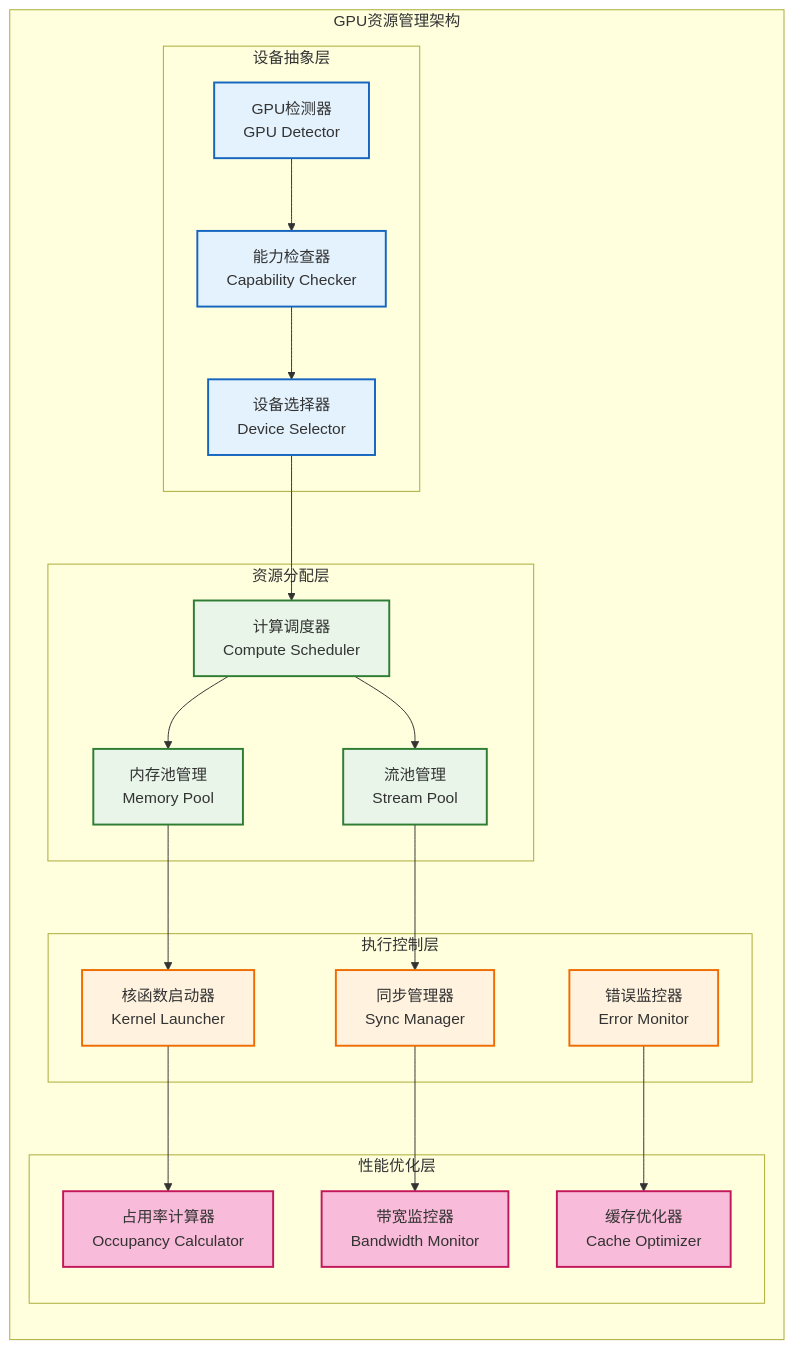
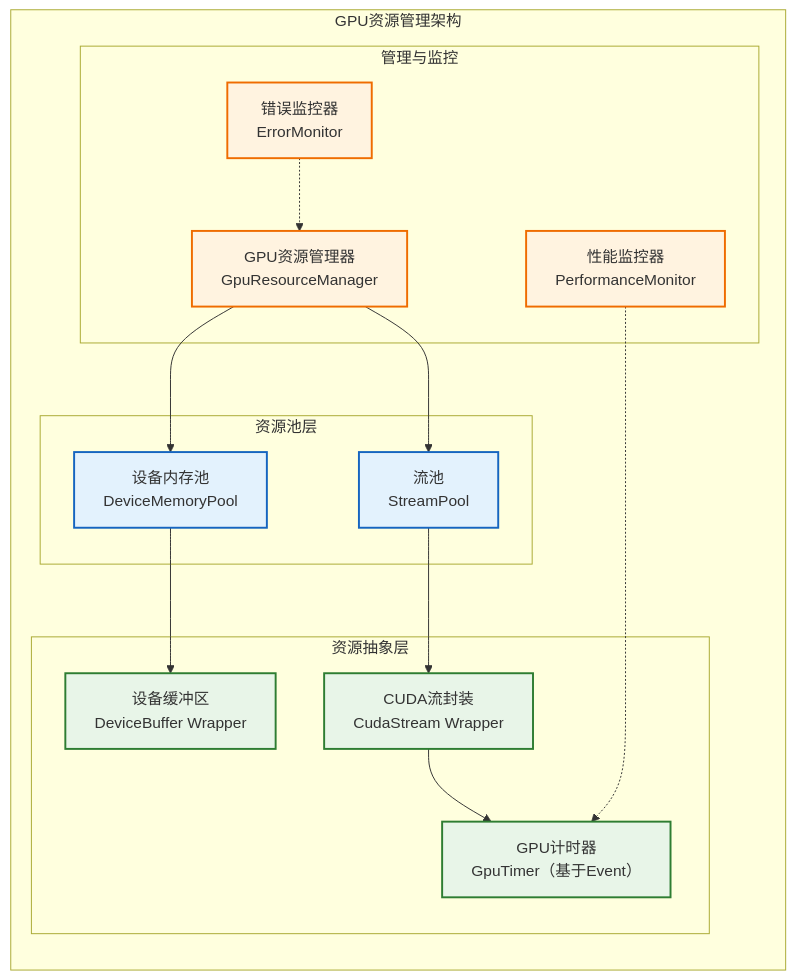
Before and after one commit to wendizhou99-cell/Radar: the fourth of 15 diagrams in docs/01_项目设计/02_模块设计/02_信号处理模块设计.md, drawn with Mermaid. The commit also changed other lines of this file and 7 other files, not shown here.

````diff
--- a/docs/01_项目设计/02_模块设计/02_信号处理模块设计.md
+++ b/docs/01_项目设计/02_模块设计/02_信号处理模块设计.md
@@ -258,54 +273,42 @@
 ```mermaid
 flowchart TB
     subgraph "GPU资源管理架构"
         direction TB
 
-        subgraph "设备抽象层"
-            GPU_DETECTOR[GPU检测器<br/>GPU Detector]
-            CAPABILITY_CHECKER[能力检查器<br/>Capability Checker]
-            DEVICE_SELECTOR[设备选择器<br/>Device Selector]
+        subgraph "资源池层"
+            DEVICE_MEMORY_POOL[设备内存池<br/>DeviceMemoryPool]
+            STREAM_POOL[流池<br/>StreamPool]
         end
 
-        subgraph "资源分配层"
-            COMPUTE_SCHEDULER[计算调度器<br/>Compute Scheduler]
-            MEMORY_POOL[内存池管理<br/>Memory Pool]
-            STREAM_POOL[流池管理<br/>Stream Pool]
+        subgraph "资源抽象层"
+            GPU_TIMER[GPU计时器<br/>GpuTimer（基于Event）]
+            CUDA_STREAM[CUDA流封装<br/>CudaStream Wrapper]
+            DEVICE_BUFFER[设备缓冲区<br/>DeviceBuffer Wrapper]
         end
 
-        subgraph "执行控制层"
-            KERNEL_LAUNCHER[核函数启动器<br/>Kernel Launcher]
-            SYNC_MANAGER[同步管理器<br/>Sync Manager]
-            ERROR_MONITOR[错误监控器<br/>Error Monitor]
+        subgraph "管理与监控 "
+            GPU_RESOURCE_MGR[GPU资源管理器<br/>GpuResourceManager]
+            ERROR_MONITOR[错误监控器<br/>ErrorMonitor]
+            PERFORMANCE_MONITOR[性能监控器<br/>PerformanceMonitor]
         end
 
-        subgraph "性能优化层"
-            OCCUPANCY_CALC[占用率计算器<br/>Occupancy Calculator]
-            BANDWIDTH_MONITOR[带宽监控器<br/>Bandwidth Monitor]
-            CACHE_OPTIMIZER[缓存优化器<br/>Cache Optimizer]
-        end
+        %% 关系
+        GPU_RESOURCE_MGR --> DEVICE_MEMORY_POOL
+        GPU_RESOURCE_MGR --> STREAM_POOL
 
-        %% 资源管理流程
-        GPU_DETECTOR --> CAPABILITY_CHECKER
-        CAPABILITY_CHECKER --> DEVICE_SELECTOR
-        DEVICE_SELECTOR --> COMPUTE_SCHEDULER
+        DEVICE_MEMORY_POOL --> DEVICE_BUFFER
+        STREAM_POOL --> CUDA_STREAM
+        CUDA_STREAM --> GPU_TIMER
 
-        COMPUTE_SCHEDULER --> MEMORY_POOL
-        COMPUTE_SCHEDULER --> STREAM_POOL
-        MEMORY_POOL --> KERNEL_LAUNCHER
-        STREAM_POOL --> SYNC_MANAGER
-
-        KERNEL_LAUNCHER --> OCCUPANCY_CALC
-        SYNC_MANAGER --> BANDWIDTH_MONITOR
-        ERROR_MONITOR --> CACHE_OPTIMIZER
+        ERROR_MONITOR -.-> GPU_RESOURCE_MGR
+        PERFORMANCE_MONITOR -.-> GPU_TIMER
     end
 
-    classDef device fill:#e3f2fd,stroke:#1565c0,stroke-width:2px
-    classDef resource fill:#e8f5e8,stroke:#2e7d32,stroke-width:2px
-    classDef control fill:#fff3e0,stroke:#ef6c00,stroke-width:2px
-    classDef optimize fill:#f8bbd9,stroke:#c2185b,stroke-width:2px
+    classDef pools fill:#e3f2fd,stroke:#1565c0,stroke-width:2px
+    classDef abstractions fill:#e8f5e8,stroke:#2e7d32,stroke-width:2px
+    classDef management fill:#fff3e0,stroke:#ef6c00,stroke-width:2px
 
-    class GPU_DETECTOR,CAPABILITY_CHECKER,DEVICE_SELECTOR device
-    class COMPUTE_SCHEDULER,MEMORY_POOL,STREAM_POOL resource
-    class KERNEL_LAUNCHER,SYNC_MANAGER,ERROR_MONITOR control
-    class OCCUPANCY_CALC,BANDWIDTH_MONITOR,CACHE_OPTIMIZER optimize
+    class DEVICE_MEMORY_POOL,STREAM_POOL pools
+    class GPU_TIMER,CUDA_STREAM,DEVICE_BUFFER abstractions
+    class GPU_RESOURCE_MGR,ERROR_MONITOR,PERFORMANCE_MONITOR management
 ```
````
